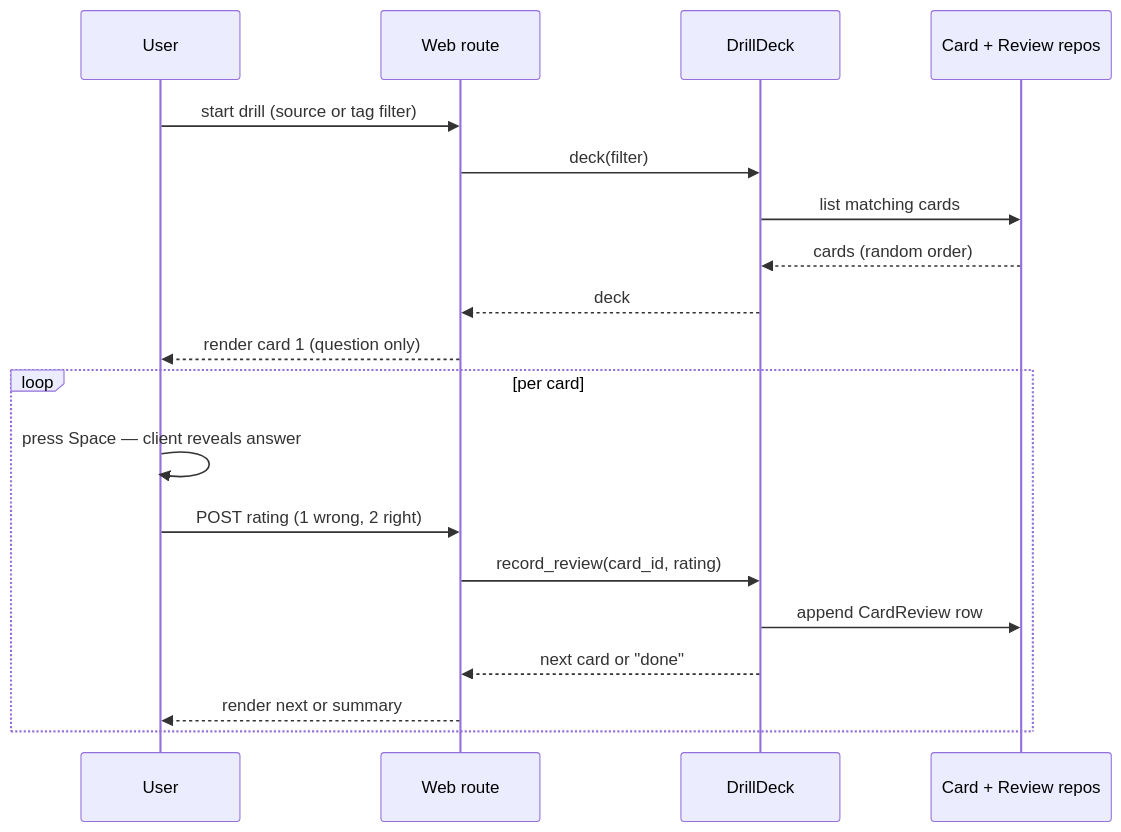
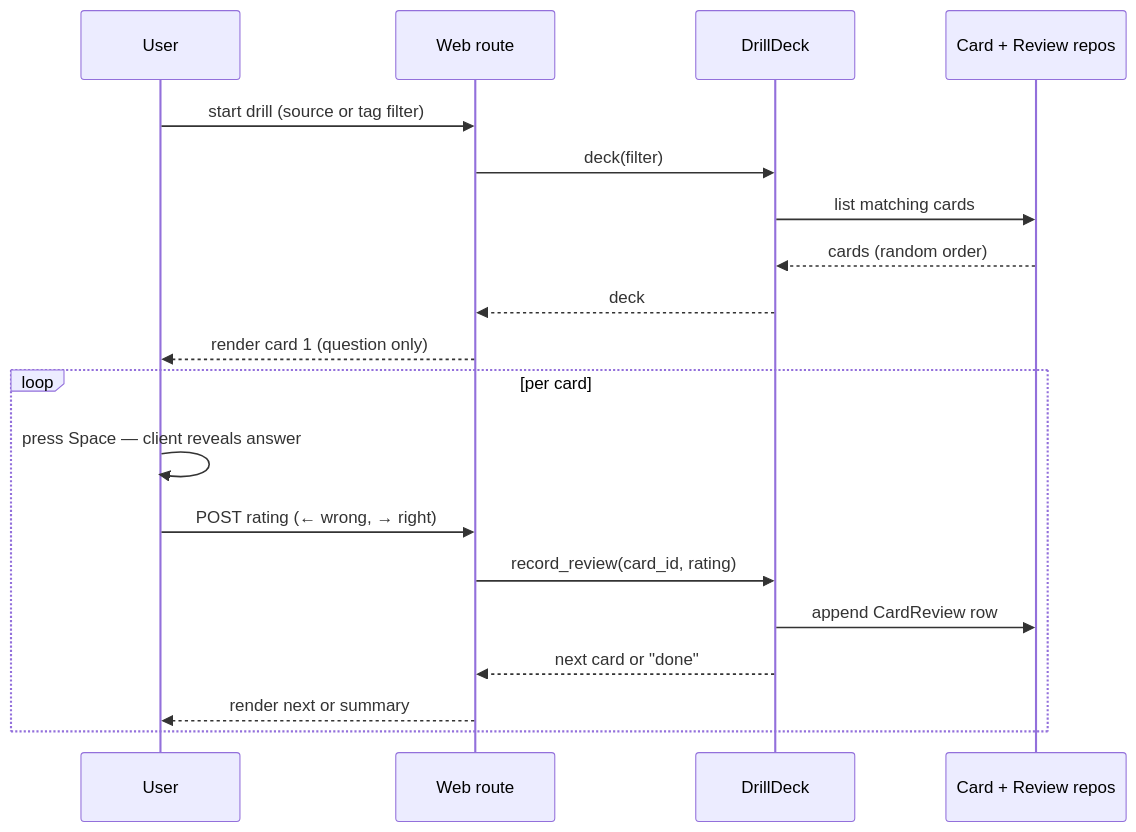
The fourth of 5 diagrams in docs/superpowers/specs/2026-04-18-dojo-design.md (pvardanis/dojo), drawn with Mermaid before and after one commit. The commit also changed other lines of this file, not shown here.

````diff
--- a/docs/superpowers/specs/2026-04-18-dojo-design.md
+++ b/docs/superpowers/specs/2026-04-18-dojo-design.md
@@ -347,23 +350,23 @@
 ```mermaid
 sequenceDiagram
     participant U as User
     participant W as Web route
     participant UC as DrillDeck
     participant R as Card + Review repos
 
     U->>W: start drill (source or tag filter)
     W->>UC: deck(filter)
     UC->>R: list matching cards
     R-->>UC: cards (random order)
     UC-->>W: deck
     W-->>U: render card 1 (question only)
 
     loop per card
         U->>U: press Space — client reveals answer
-        U->>W: POST rating (1 wrong, 2 right)
+        U->>W: POST rating (← wrong, → right)
         W->>UC: record_review(card_id, rating)
         UC->>R: append CardReview row
         UC-->>W: next card or "done"
         W-->>U: render next or summary
     end
 ```
````
